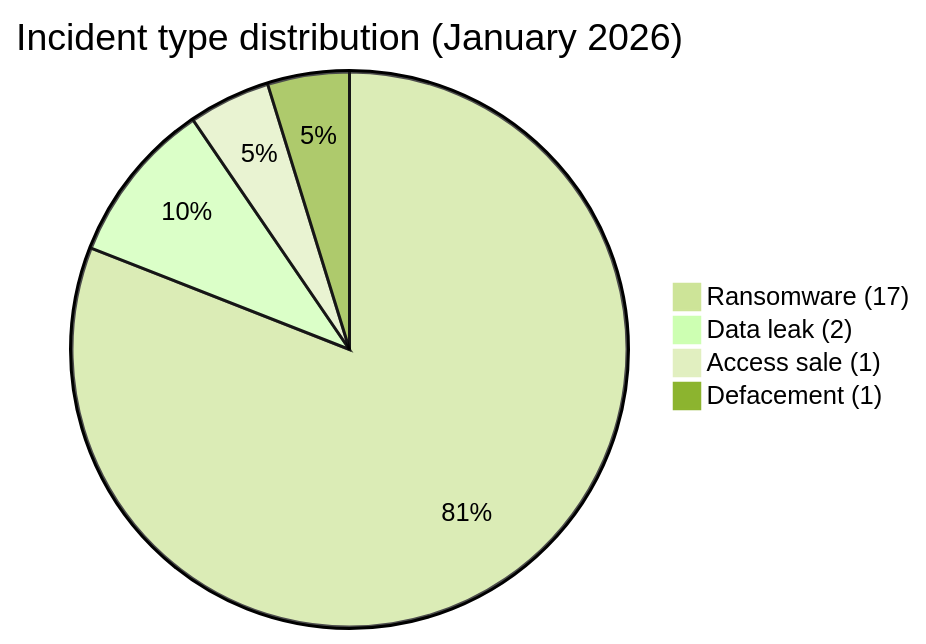
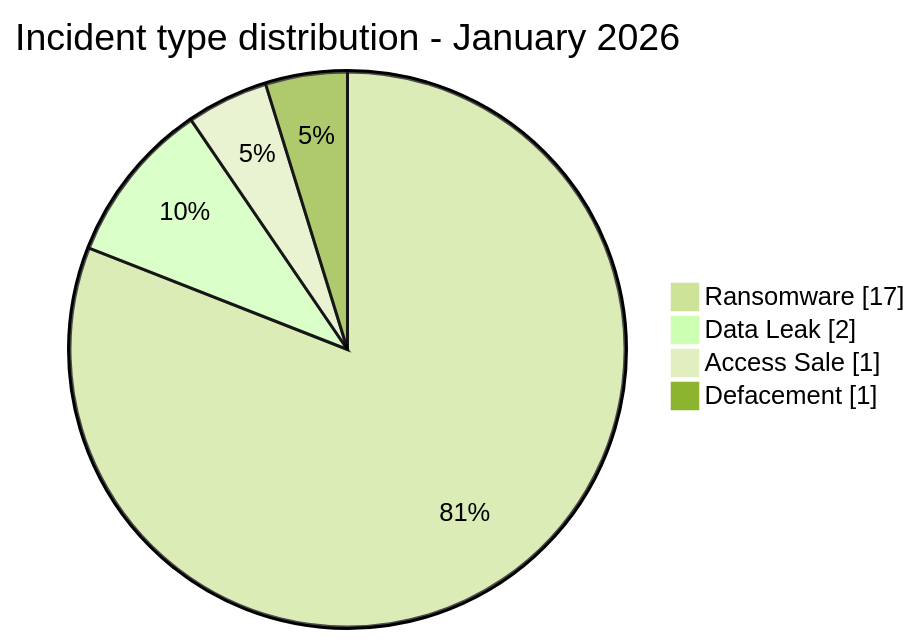
Before and after one commit to Hatchepsoute/AFRINTEL: the third of 7 diagrams in CyberAttackAfrica/2026/01-january/README.md, drawn with Mermaid (forest theme). The commit also changed other lines of this file and 45 other files, not shown here.

````diff
--- a/CyberAttackAfrica/2026/01-january/README.md
+++ b/CyberAttackAfrica/2026/01-january/README.md
@@ -96,8 +109,8 @@
 ```mermaid
-pie
- title Incident type distribution (January 2026)
- "Ransomware (17)" : 17
- "Data leak (2)" : 2
- "Access sale (1)" : 1
- "Defacement (1)" : 1
+pie showData
+    title Incident type distribution - January 2026
+    "Ransomware" : 17
+    "Data Leak" : 2
+    "Access Sale" : 1
+    "Defacement" : 1
 ```
````
